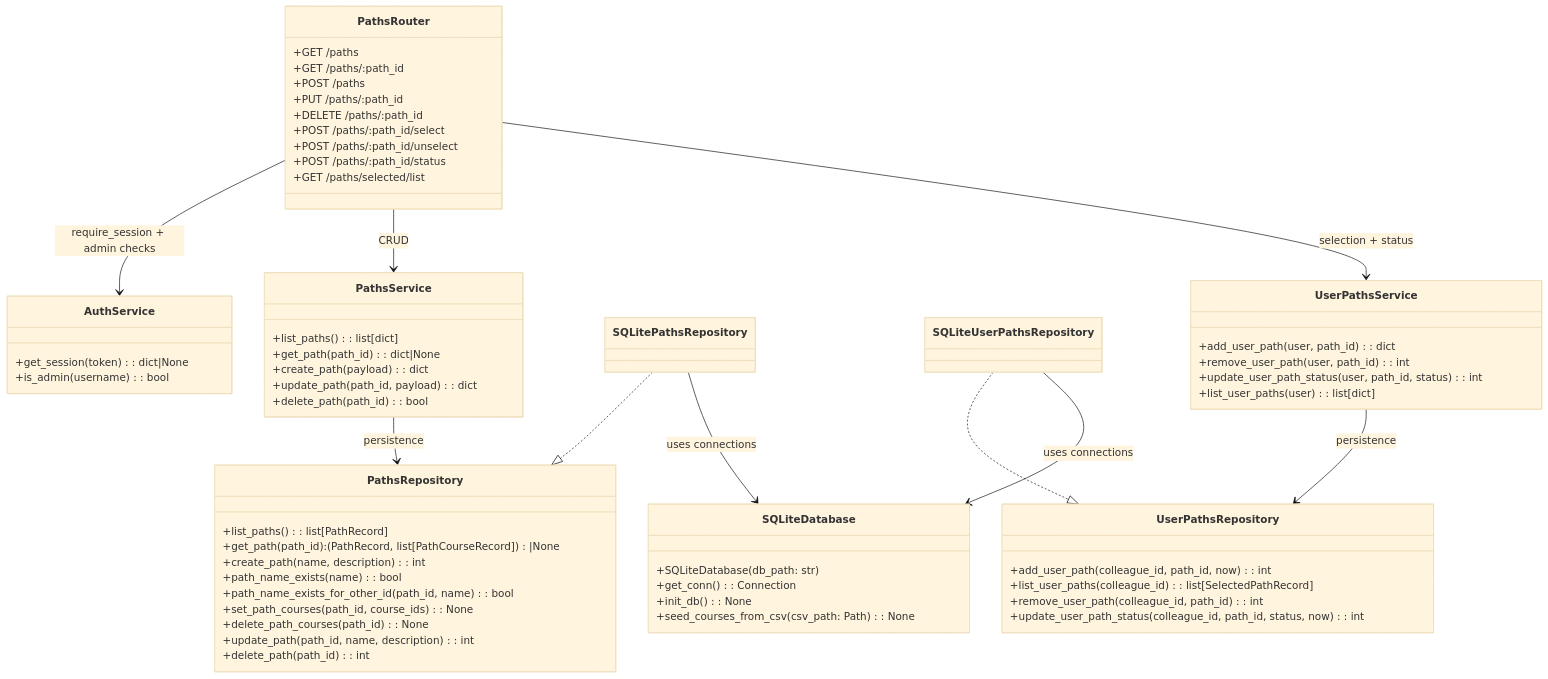
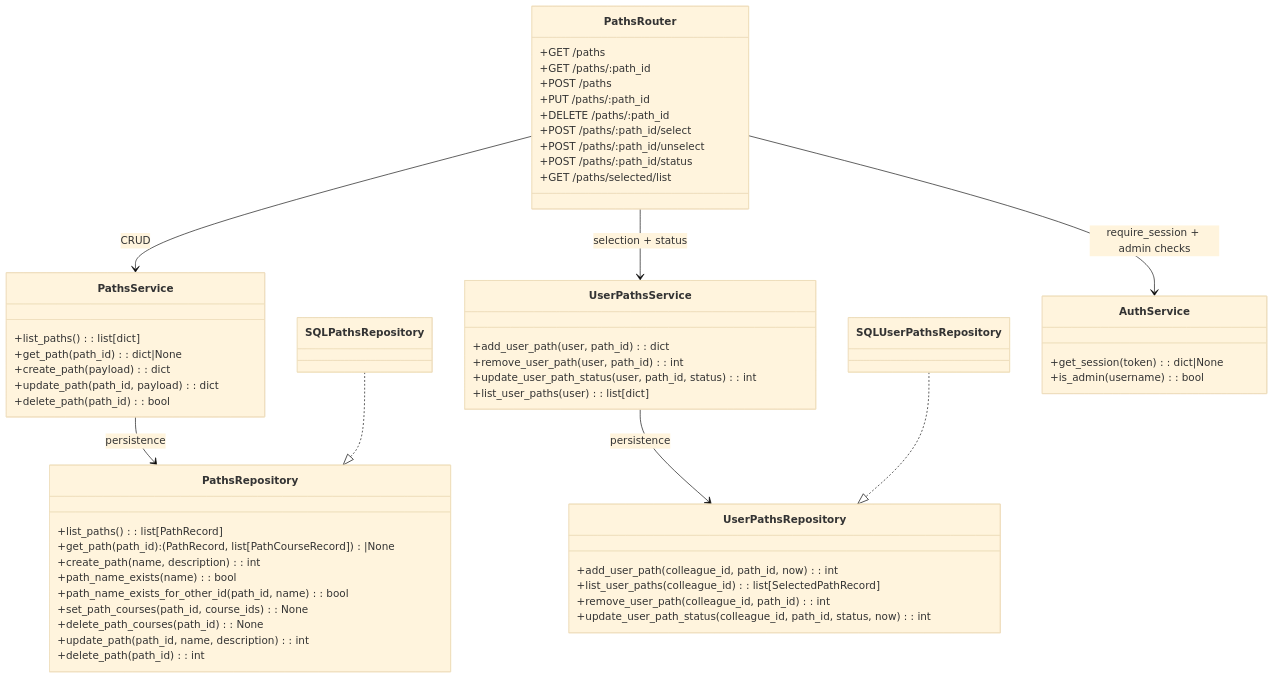
Before and after one commit to JustinMelger/Upstream: the ninth of 13 diagrams in docs/architecture.md, drawn with Mermaid (base theme). The commit also changed other lines of this file and 66 other files, not shown here.

````diff
--- a/docs/architecture.md
+++ b/docs/architecture.md
@@ -318,76 +302,67 @@
 ```mermaid
 classDiagram
   class PathsRouter {
     +GET /paths
     +GET /paths/:path_id
     +POST /paths
     +PUT /paths/:path_id
     +DELETE /paths/:path_id
     +POST /paths/:path_id/select
     +POST /paths/:path_id/unselect
     +POST /paths/:path_id/status
     +GET /paths/selected/list
   }
 
   class PathsService {
     +list_paths(): list[dict]
     +get_path(path_id): dict|None
     +create_path(payload): dict
     +update_path(path_id, payload): dict
     +delete_path(path_id): bool
   }
 
   class UserPathsService {
     +add_user_path(user, path_id): dict
     +remove_user_path(user, path_id): int
     +update_user_path_status(user, path_id, status): int
     +list_user_paths(user): list[dict]
   }
 
   class PathsRepository {
     +list_paths(): list[PathRecord]
     +get_path(path_id): (PathRecord, list[PathCourseRecord])|None
     +create_path(name, description): int
     +path_name_exists(name): bool
     +path_name_exists_for_other_id(path_id, name): bool
     +set_path_courses(path_id, course_ids): None
     +delete_path_courses(path_id): None
     +update_path(path_id, name, description): int
     +delete_path(path_id): int
   }
 
-  class SQLitePathsRepository {
+  class SQLPathsRepository {
   }
 
   class UserPathsRepository {
     +add_user_path(colleague_id, path_id, now): int
     +list_user_paths(colleague_id): list[SelectedPathRecord]
     +remove_user_path(colleague_id, path_id): int
     +update_user_path_status(colleague_id, path_id, status, now): int
   }
 
-  class SQLiteUserPathsRepository {
+  class SQLUserPathsRepository {
   }
 
   class AuthService {
     +get_session(token): dict|None
     +is_admin(username): bool
   }
 
-  class SQLiteDatabase {
-    +SQLiteDatabase(db_path: str)
-    +get_conn(): Connection
-    +init_db(): None
-    +seed_courses_from_csv(csv_path: Path): None
-  }
-
   PathsRouter --> AuthService : require_session + admin checks
   PathsRouter --> PathsService : CRUD
   PathsRouter --> UserPathsService : selection + status
   PathsService --> PathsRepository : persistence
-  SQLitePathsRepository ..|> PathsRepository
-  SQLitePathsRepository --> SQLiteDatabase : uses connections
+  SQLPathsRepository ..|> PathsRepository
   UserPathsService --> UserPathsRepository : persistence
-  SQLiteUserPathsRepository ..|> UserPathsRepository
-  SQLiteUserPathsRepository --> SQLiteDatabase : uses connections
+  SQLUserPathsRepository ..|> UserPathsRepository
 ```
````
